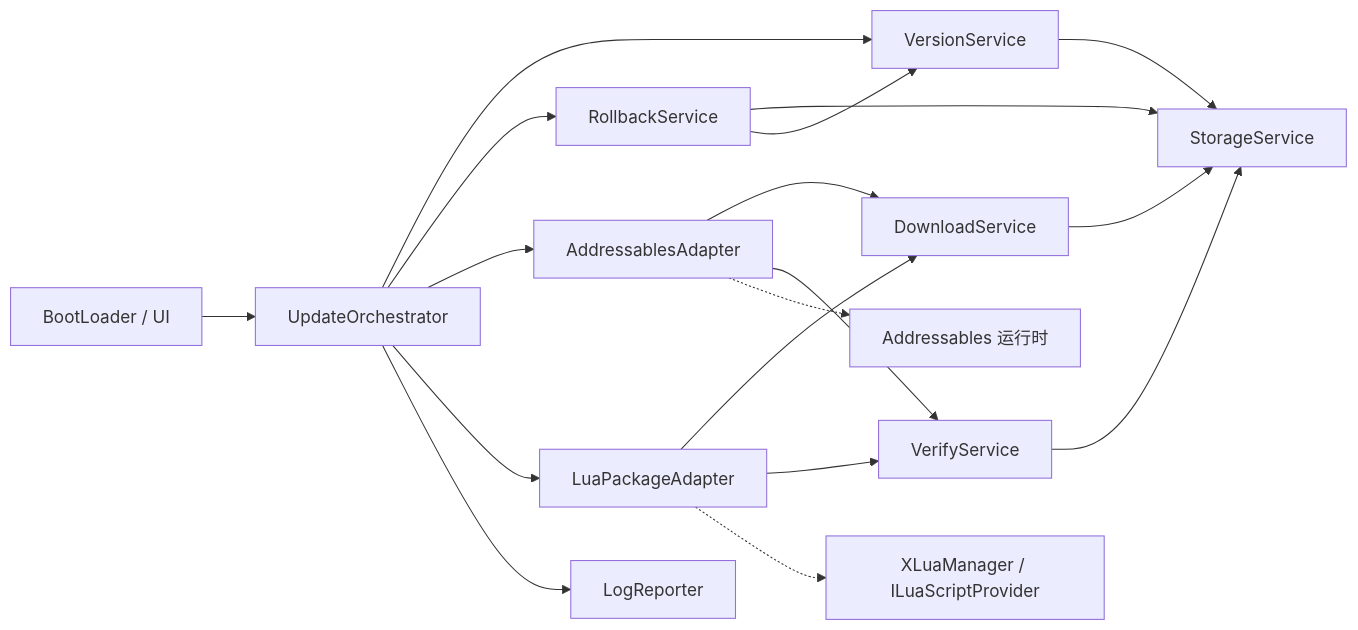
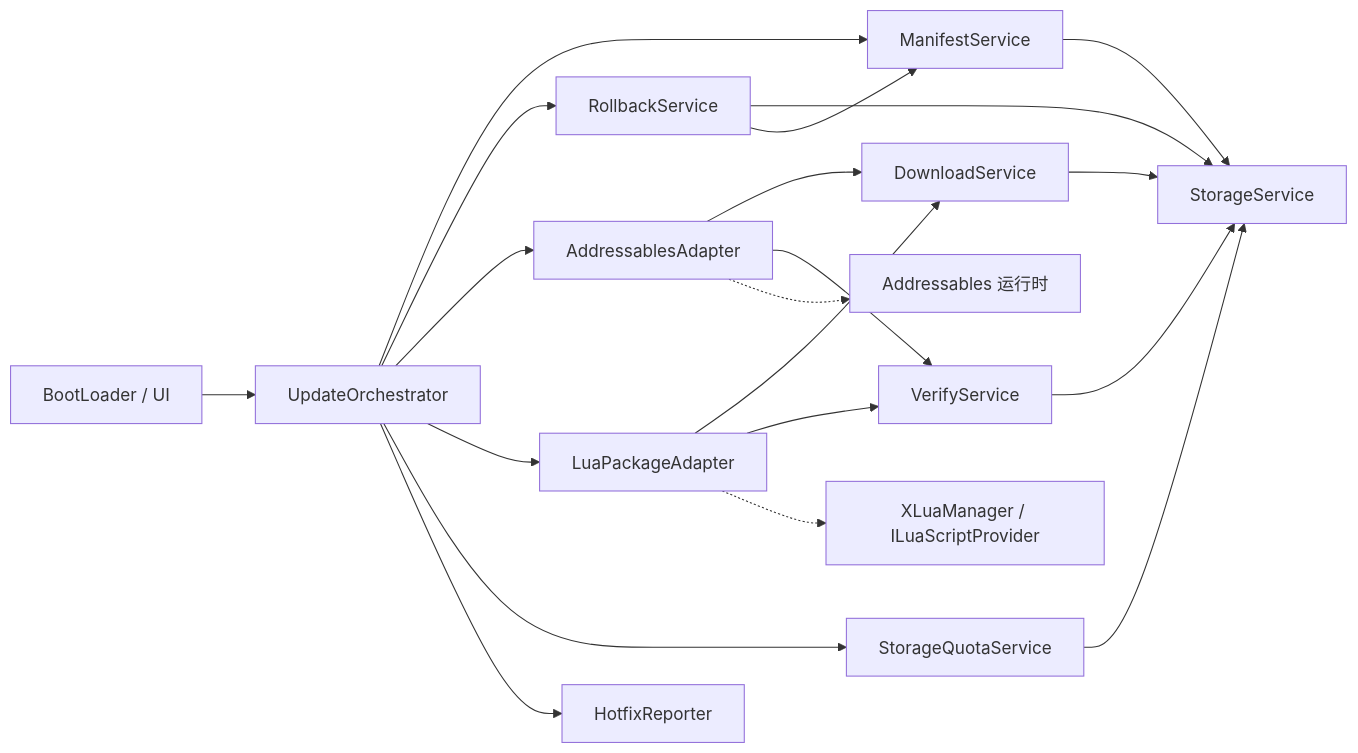
One commit to HJX-GitUser/UnityHotFixSystem changed the second of 4 diagrams in Docs/HotUpdateArchitecture.md. Above: the diagram before and after it, drawn with Mermaid. The commit also changed other lines of this file and 1 other file, not shown here.

````diff
--- a/Docs/HotUpdateArchitecture.md
+++ b/Docs/HotUpdateArchitecture.md
@@ -147,24 +156,26 @@
 ```mermaid
 graph LR
     Boot["BootLoader / UI"] --> Orch["UpdateOrchestrator"]
 
-    Orch --> Ver["VersionService"]
+    Orch --> Ver["ManifestService"]
     Orch --> Rbk["RollbackService"]
     Orch --> AA["AddressablesAdapter"]
     Orch --> Lpkg["LuaPackageAdapter"]
-    Orch --> Rep["LogReporter"]
+    Orch --> Qta["StorageQuotaService"]
+    Orch --> Rep["HotfixReporter"]
 
     AA --> Dld["DownloadService"]
     AA --> Vfy["VerifyService"]
     Lpkg --> Dld
     Lpkg --> Vfy
 
     Dld --> Stg["StorageService"]
     Vfy --> Stg
     Ver --> Stg
     Rbk --> Stg
     Rbk --> Ver
+    Qta --> Stg
 
     AA -.-> EXT1["Addressables 运行时"]
     Lpkg -.-> EXT2["XLuaManager / ILuaScriptProvider"]
 ```
````
